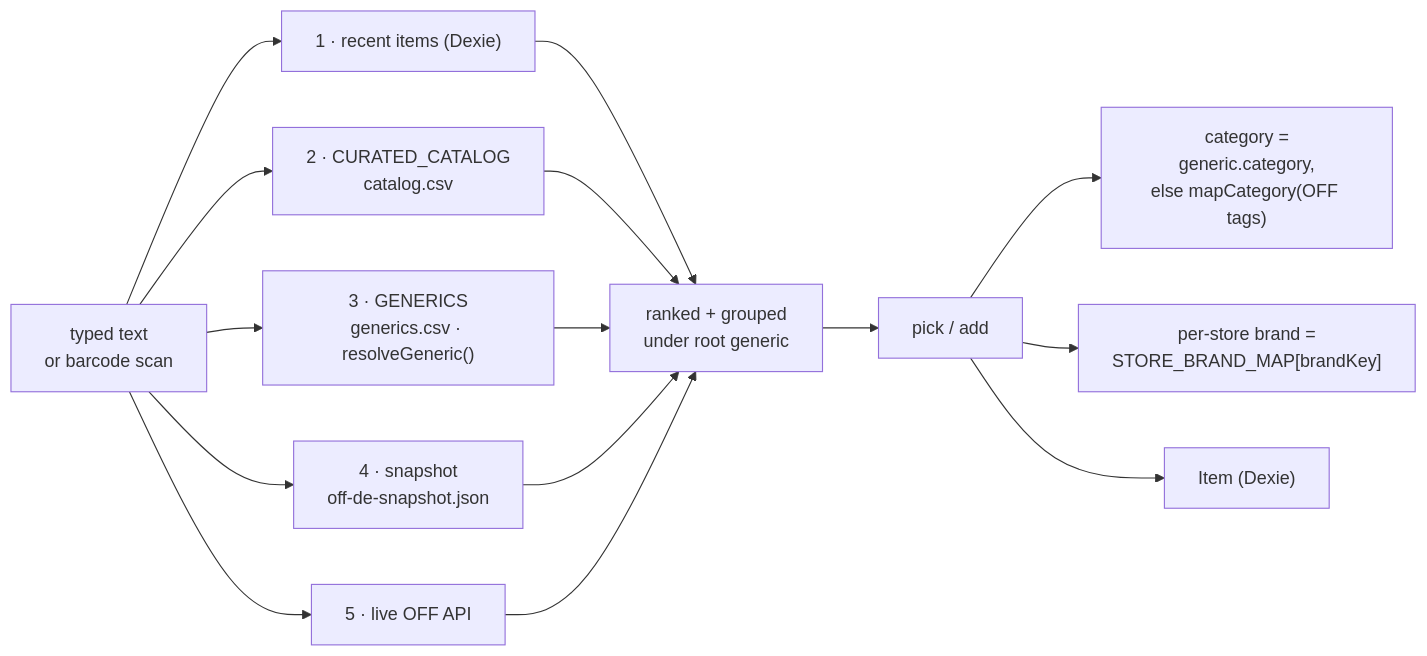
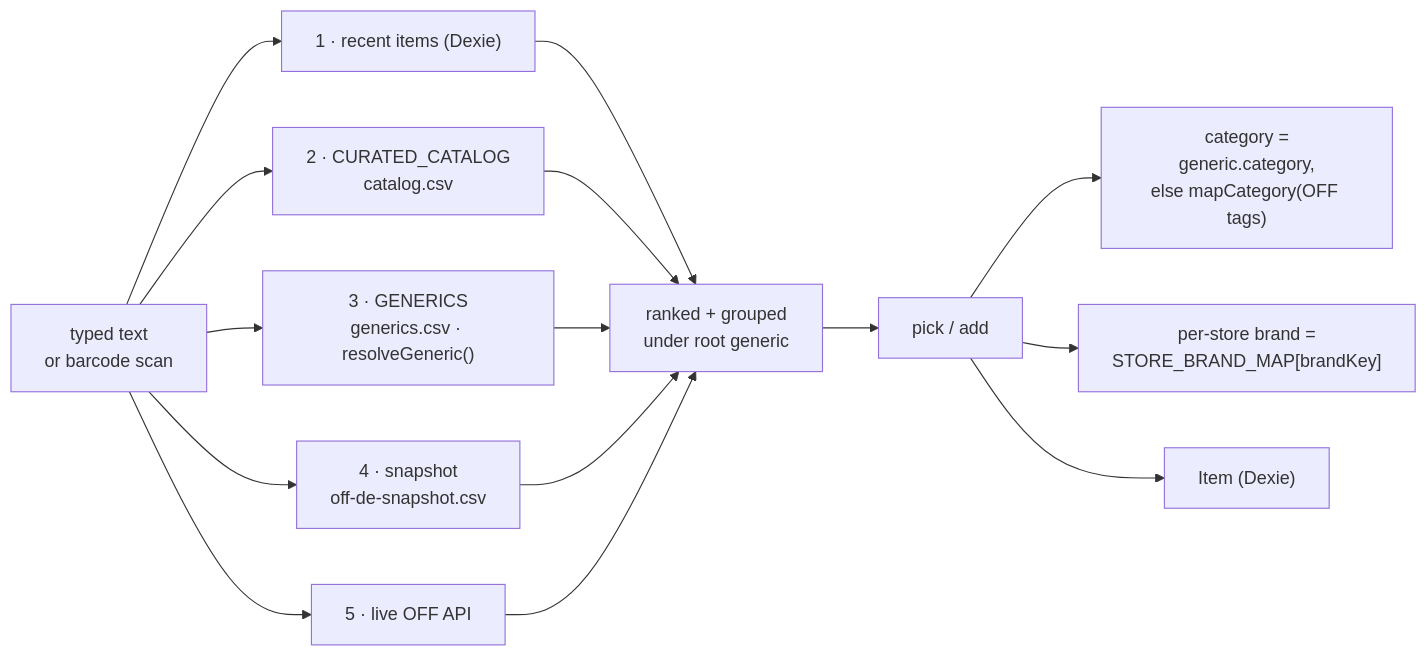
One commit to erikgraf/ShopList changed the second of 2 diagrams in data/README.md. Above: the diagram before and after it, drawn with Mermaid. The commit also changed other lines of this file and 7 other files, not shown here.

First line of the commit message:
data: OFF snapshot is now CSV too (19k), app loads + parses it

````diff
--- a/data/README.md
+++ b/data/README.md
@@ -64,18 +64,18 @@
 ```mermaid
 flowchart LR
   IN["typed text<br/>or barcode scan"]
   IN --> R["1 · recent items (Dexie)"]
   IN --> C["2 · CURATED_CATALOG<br/>catalog.csv"]
   IN --> G["3 · GENERICS<br/>generics.csv · resolveGeneric()"]
-  IN --> S["4 · snapshot<br/>off-de-snapshot.json"]
+  IN --> S["4 · snapshot<br/>off-de-snapshot.csv"]
   IN --> L["5 · live OFF API"]
   R --> RANK["ranked + grouped<br/>under root generic"]
   C --> RANK
   G --> RANK
   S --> RANK
   L --> RANK
   RANK --> PICK["pick / add"]
   PICK --> CTG["category =<br/>generic.category,<br/>else mapCategory(OFF tags)"]
   PICK --> BR["per-store brand =<br/>STORE_BRAND_MAP[brandKey]"]
   PICK --> IT["Item (Dexie)"]
 ```
````
